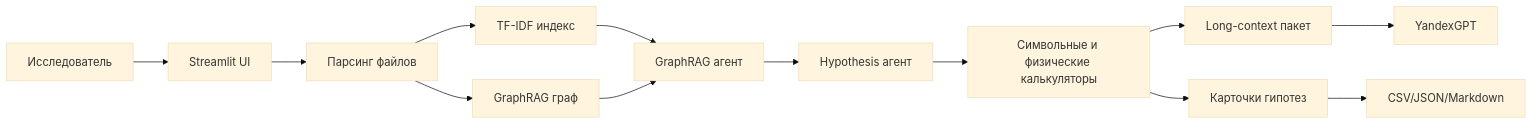
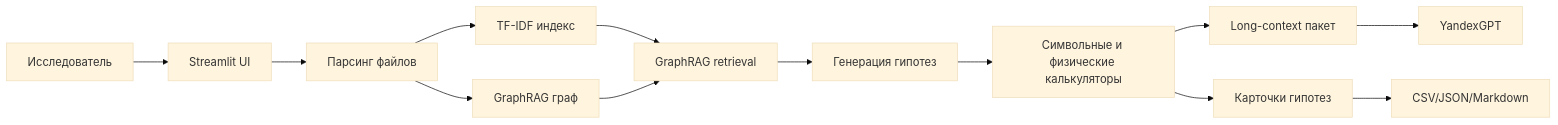
Before and after one commit to baxic-top-projects/hackaton: the diagram in README.md, drawn with Mermaid (base theme). The commit also changed other lines of this file and 1 other file, not shown here.

````diff
--- a/README.md
+++ b/README.md
@@ -51,15 +51,15 @@
 ```mermaid
 flowchart LR
     user["Исследователь"] --> ui["Streamlit UI"]
     ui --> ingestion["Парсинг файлов"]
     ingestion --> textIndex["TF-IDF индекс"]
     ingestion --> graphIndex["GraphRAG граф"]
-    textIndex --> graphAgent["GraphRAG агент"]
-    graphIndex --> graphAgent
-    graphAgent --> generator["Hypothesis агент"]
+    textIndex --> graphRetrieval["GraphRAG retrieval"]
+    graphIndex --> graphRetrieval
+    graphRetrieval --> generator["Генерация гипотез"]
     generator --> calculators["Символьные и физические калькуляторы"]
     calculators --> llmContext["Long-context пакет"]
     llmContext --> yandex["YandexGPT"]
     calculators --> cards["Карточки гипотез"]
     cards --> exports["CSV/JSON/Markdown"]
 ```
````
